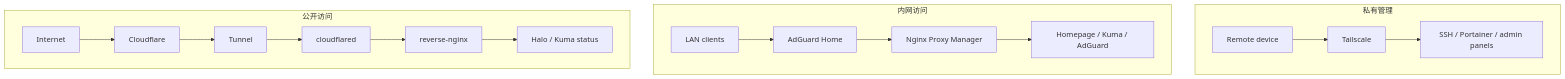
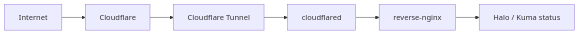
The first of 3 diagrams in README.md (ryoo2001/homelab-infra), drawn with Mermaid before and after one commit. The commit also changed other lines of this file, not shown here.

Commit message:
Split README architecture diagram into three blocks

````diff
--- a/README.md
+++ b/README.md
@@ -40,20 +42,8 @@
 ```mermaid
 flowchart LR
-  subgraph Public["公开访问"]
-    direction LR
-    internet[Internet] --> cf[Cloudflare] --> tunnel[Tunnel] --> cloudflared[cloudflared] --> reverse[reverse-nginx] --> publicServices[Halo / Kuma status]
-  end
-
-  subgraph LAN["内网访问"]
-    direction LR
-    lanClient[LAN clients] --> adguard[AdGuard Home] --> npm[Nginx Proxy Manager] --> internalServices[Homepage / Kuma / AdGuard]
-  end
-
-  subgraph Private["私有管理"]
-    direction LR
-    remote[Remote device] --> tailscale[Tailscale] --> management[SSH / Portainer / admin panels]
-  end
-
-  Public ~~~ LAN
-  LAN ~~~ Private
+  internet[Internet] --> cf[Cloudflare]
+  cf --> tunnel[Cloudflare Tunnel]
+  tunnel --> cloudflared[cloudflared]
+  cloudflared --> reverse[reverse-nginx]
+  reverse --> publicServices[Halo / Kuma status]
 ```
````
